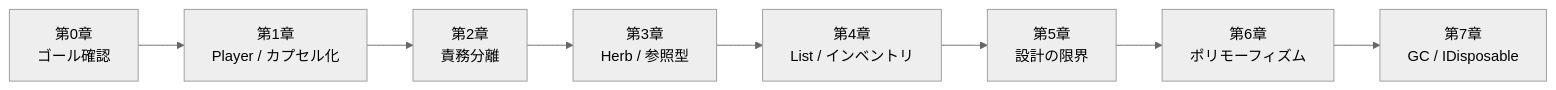
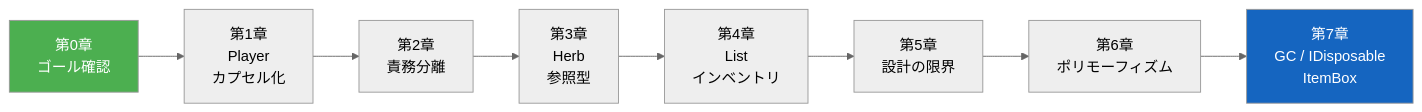
Before and after one commit to fuddt/Cplus: diagram 12 of 12 in CsharpVer/chapter-07-smartptr.md, drawn with Mermaid (neutral theme). The commit also changed other lines of this file, not shown here.

````diff
--- a/CsharpVer/chapter-07-smartptr.md
+++ b/CsharpVer/chapter-07-smartptr.md
@@ -324,4 +548,16 @@
 ```mermaid
 flowchart LR
-    C0["第0章<br/>ゴール確認"] --> C1["第1章<br/>Player / カプセル化"] --> C2["第2章<br/>責務分離"] --> C3["第3章<br/>Herb / 参照型"] --> C4["第4章<br/>List / インベントリ"] --> C5["第5章<br/>設計の限界"] --> C6["第6章<br/>ポリモーフィズム"] --> C7["第7章<br/>GC / IDisposable"]
+    C0["第0章<br/>ゴール確認"]
+    C1["第1章<br/>Player<br/>カプセル化"]
+    C2["第2章<br/>責務分離"]
+    C3["第3章<br/>Herb<br/>参照型"]
+    C4["第4章<br/>List<br/>インベントリ"]
+    C5["第5章<br/>設計の限界"]
+    C6["第6章<br/>ポリモーフィズム"]
+    C7["第7章<br/>GC / IDisposable<br/>ItemBox"]
+
+    C0 --> C1 --> C2 --> C3 --> C4 --> C5 --> C6 --> C7
+
+    style C0 fill:#4CAF50,color:#fff
+    style C7 fill:#1565C0,color:#fff
 ```
````
